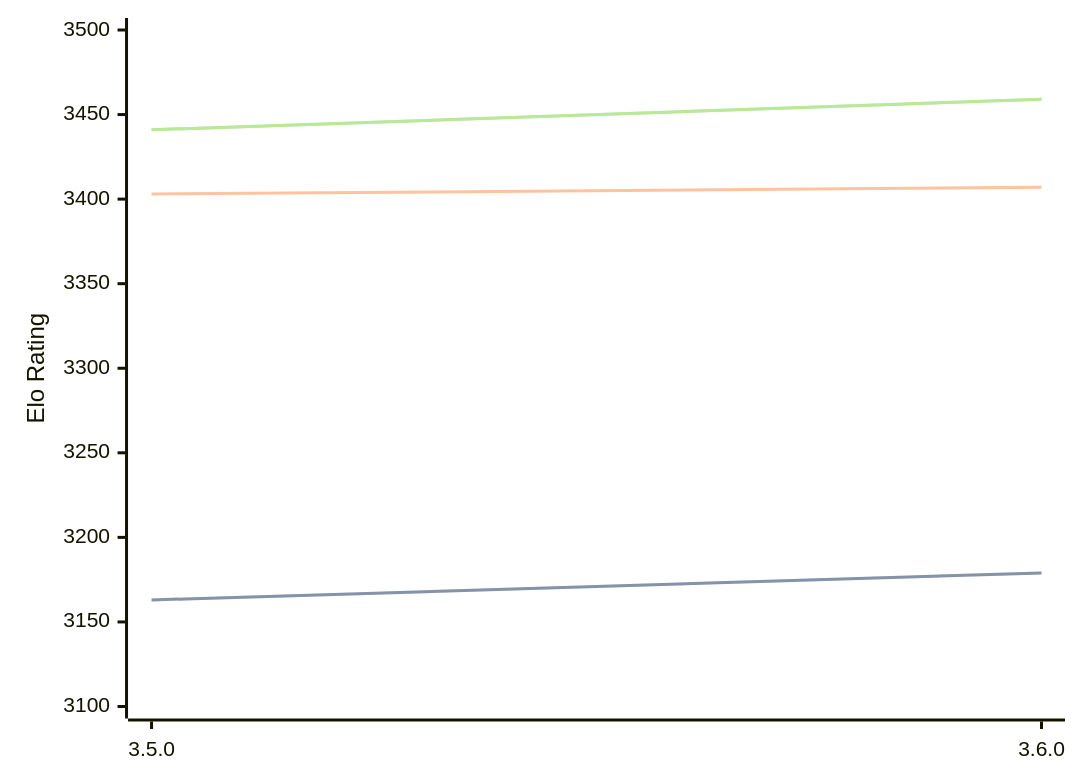
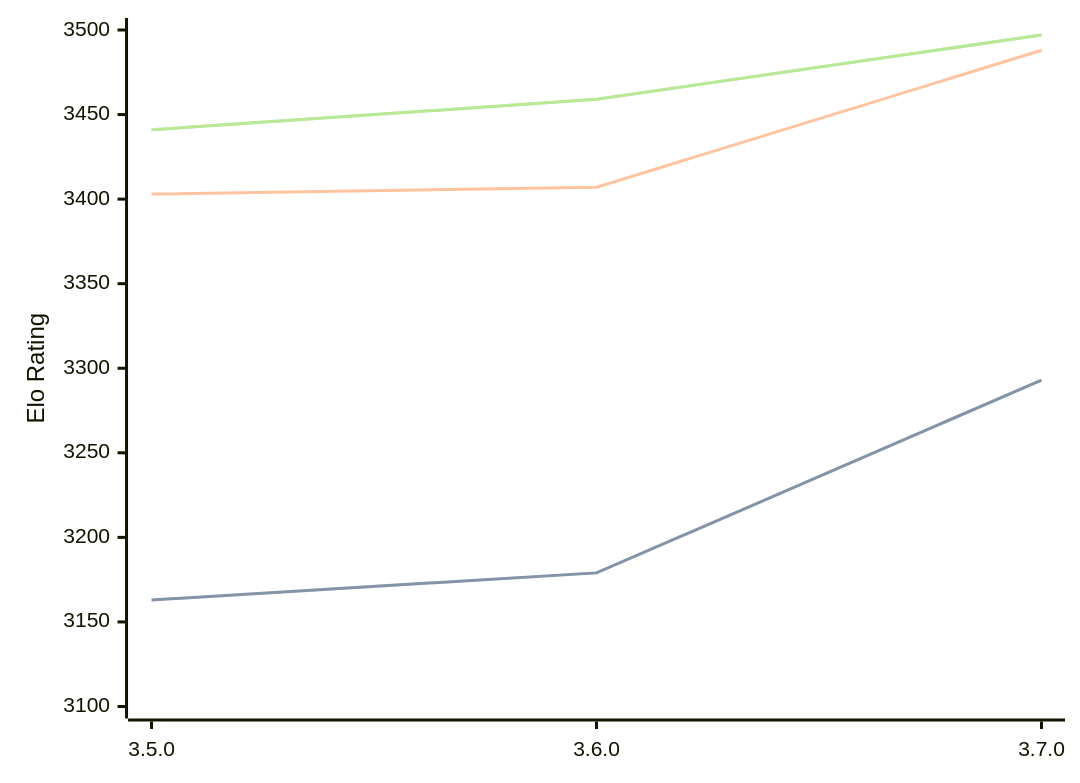
Before and after one commit to computer-chess-index/cci: the diagram in engines/Igel.md, drawn with Mermaid. The commit also changed other lines of this file, not shown here.

Commit message:
Update CCI Ratings (ELO VLTC) - 2026-08-28

````diff
--- a/engines/Igel.md
+++ b/engines/Igel.md
@@ -33,11 +33,11 @@
 ```mermaid
 %%{init: {"theme":"base","themeVariables":{"seriesColors:['#a3a3a3','#222221','#faa371']}}}%%
 xychart-beta
-  x-axis ["3.5.0", "3.6.0"]
+  x-axis ["3.5.0", "3.6.0", "3.7.0"]
   y-axis "Elo Rating" 3100 --> 3500
-  line "" [3163, 3179]
-  line "STC (8.0+0.08s)" [3163, 3179]
-  line "LTC (60.0+0.60s)" [3403, 3407]
-  line "" [3441, 3459]
-  line "VLTC (2m24s+1.12s)" [3441, 3459]
+  line "" [3163, 3179, 3293]
+  line "STC (8.0+0.08s)" [3163, 3179, 3293]
+  line "LTC (60.0+0.60s)" [3403, 3407, 3488]
+  line "" [3441, 3459, 3497]
+  line "VLTC (2m24s+1.12s)" [3441, 3459, 3497]
 ```
````
